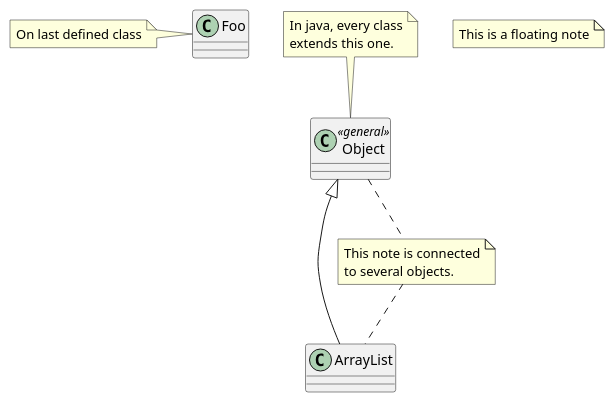
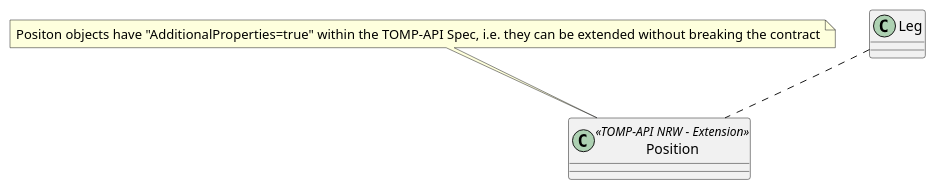
One commit to maas-nrw/definitions changed the diagram in plantuml/tomp-adaption-segment.puml. Above: the diagram before and after it, drawn with PlantUML. The commit also changed 2 other files, not shown here.

```diff
--- a/plantuml/tomp-adaption-segment.puml
+++ b/plantuml/tomp-adaption-segment.puml
@@ -1,14 +1,10 @@
 @startuml
-class Object << general >>
-Object <|--- ArrayList
+class Position << TOMP-API NRW - Extension >>
 
-note top of Object : In java, every class\nextends this one.
+note top of Position : Positon objects have "AdditionalProperties=true" within the TOMP-API Spec, i.e. they can be extended without breaking the contract
 
-note "This is a floating note" as N1
-note "This note is connected\nto several objects." as N2
-Object .. N2
-N2 .. ArrayList
+Leg .. Position
 
-class Foo
-note left: On last defined class
+class Leg
+
 @enduml
```
